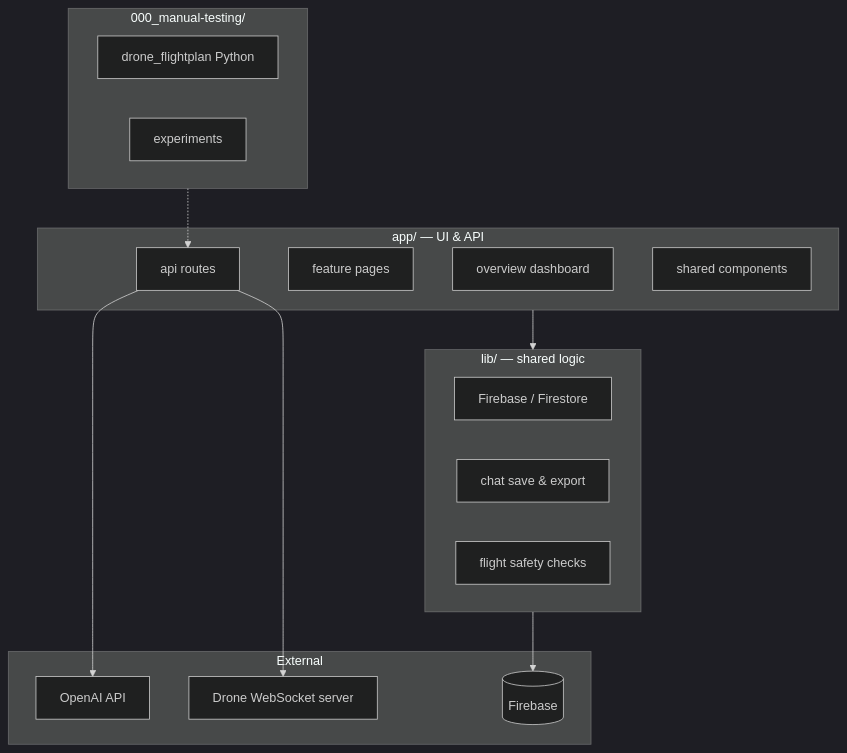
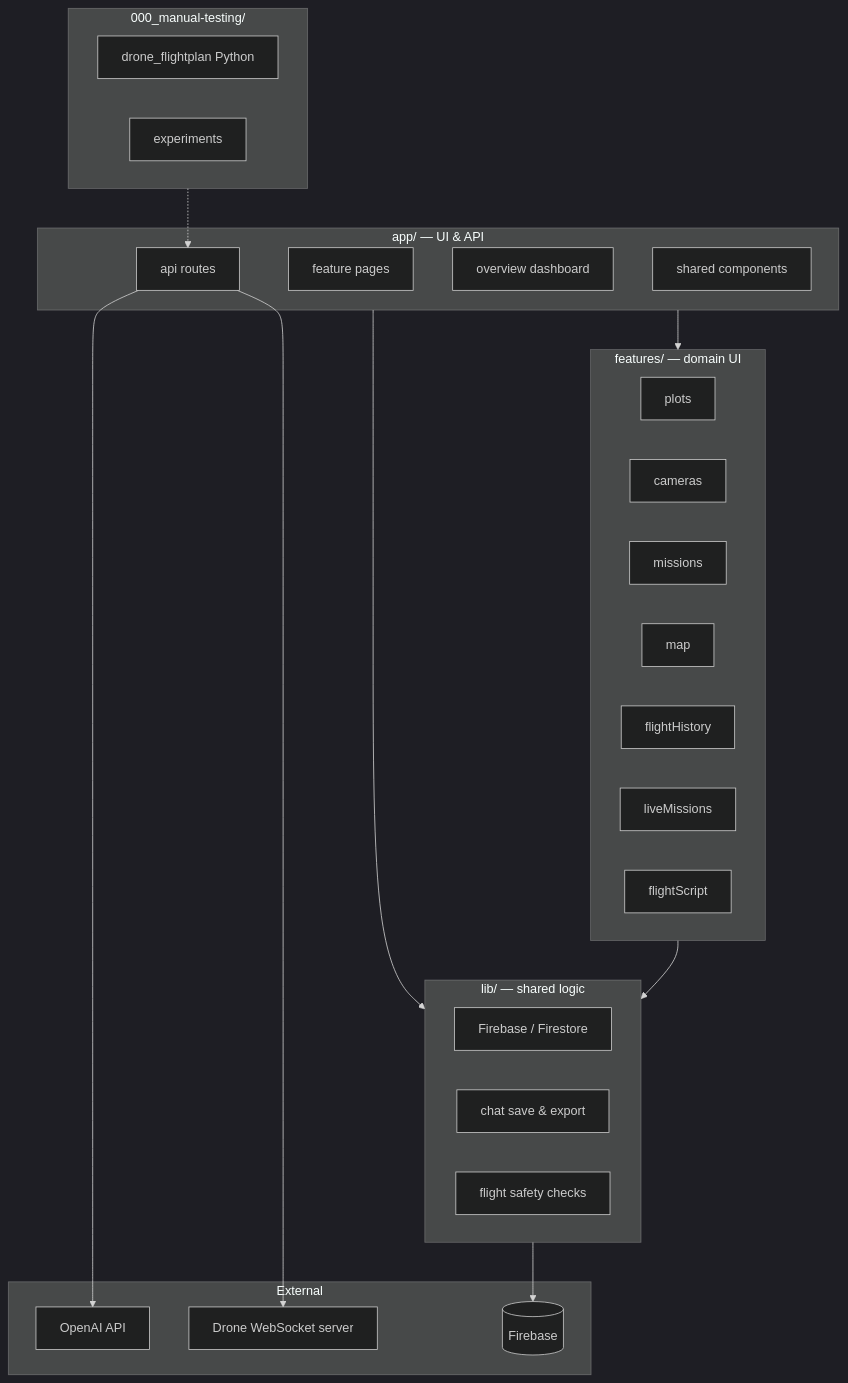
Before and after one commit to Salazar-Prime/ved-scout: the diagram in graph.md, drawn with Mermaid (dark theme). The commit also changed other lines of this file and 28 other files, not shown here.

````diff
--- a/graph.md
+++ b/graph.md
@@ -7,32 +7,44 @@
 ```mermaid
 flowchart TB
   subgraph ui [app/ — UI & API]
     overview[overview dashboard]
     pages[feature pages]
     api[api routes]
     components[shared components]
+  end
+
+  subgraph features [features/ — domain UI]
+    plots[plots]
+    cameras[cameras]
+    missions[missions]
+    map[map]
+    fh[flightHistory]
+    liveMissions[liveMissions]
+    flightScript[flightScript]
   end
 
   subgraph lib [lib/ — shared logic]
     firebase[Firebase / Firestore]
     chatSave[chat save & export]
     safety[flight safety checks]
   end
 
   subgraph external [External]
     openai[OpenAI API]
     droneWS[Drone WebSocket server]
     fb[(Firebase)]
   end
 
   subgraph offline [000_manual-testing/]
     flightplan[drone_flightplan Python]
     experiments[experiments]
   end
 
+  ui --> features
   ui --> lib
+  features --> lib
   lib --> fb
   api --> openai
   api --> droneWS
   offline -.-> api
 ```
````
